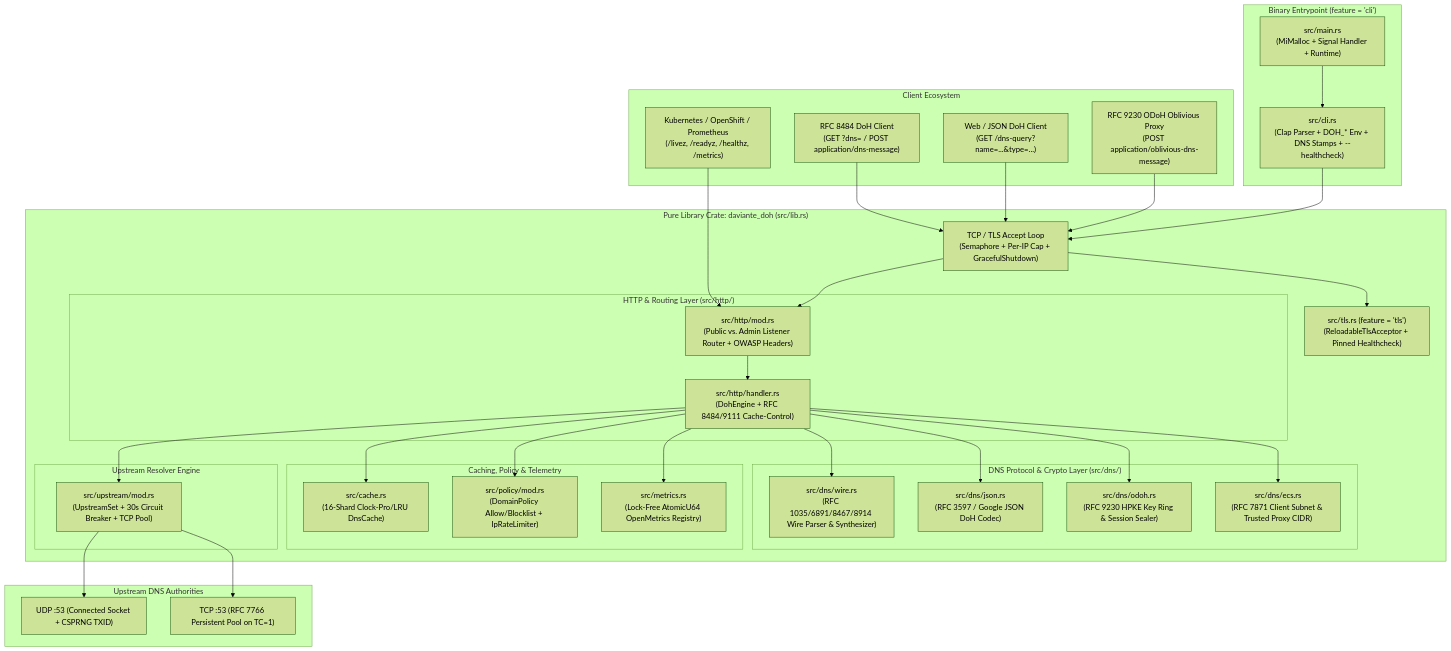
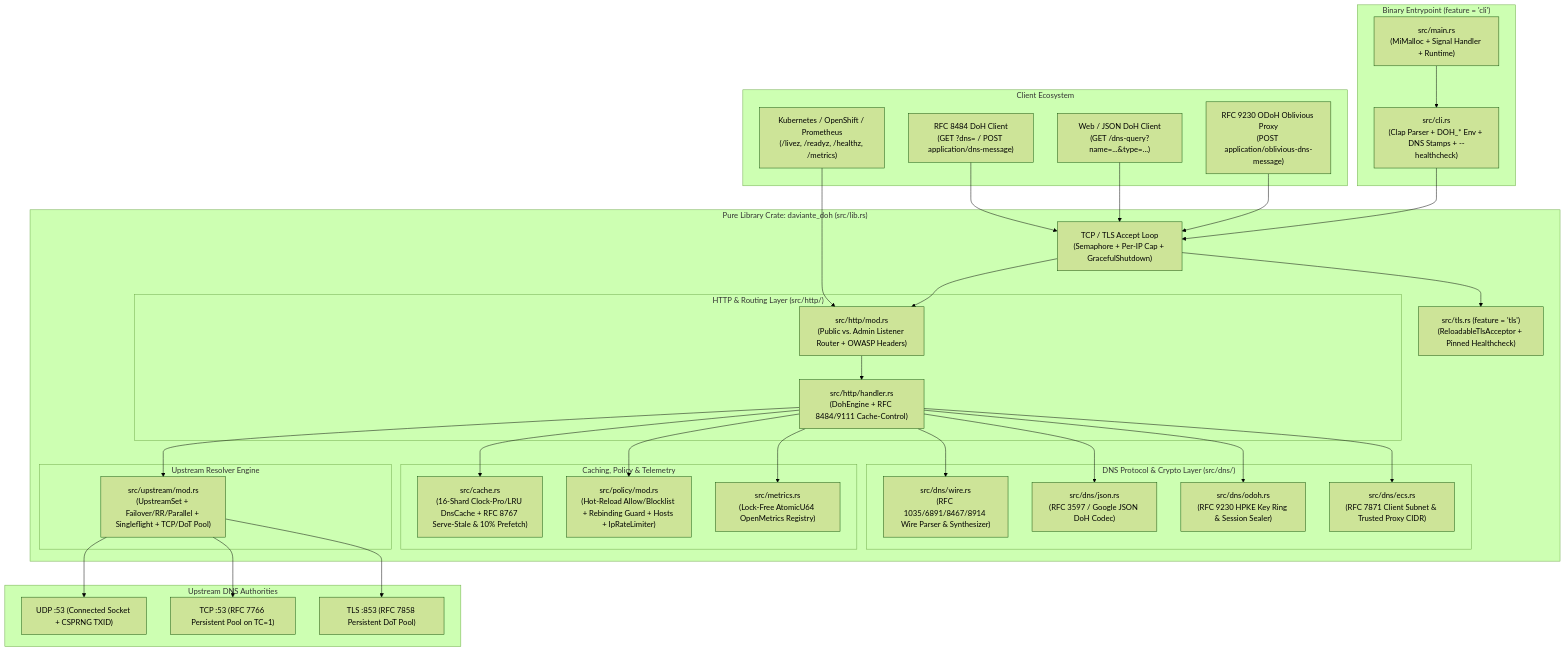
One commit to daviante-org/daviante-doh changed the first of 7 diagrams in docs/ARCHITECTURE.md. Above: the diagram before and after it, drawn with Mermaid (forest theme). The commit also changed other lines of this file and 31 other files, not shown here.

````diff
--- a/docs/ARCHITECTURE.md
+++ b/docs/ARCHITECTURE.md
@@ -44,69 +44,71 @@
 ```mermaid
 flowchart TB
     subgraph Clients["Client Ecosystem"]
         DoHClient["RFC 8484 DoH Client<br/>(GET ?dns= / POST application/dns-message)"]
         JsonClient["Web / JSON DoH Client<br/>(GET /dns-query?name=...&type=...)"]
         OdohRelay["RFC 9230 ODoH Oblivious Proxy<br/>(POST application/oblivious-dns-message)"]
         K8sProbe["Kubernetes / OpenShift / Prometheus<br/>(/livez, /readyz, /healthz, /metrics)"]
     end
 
     subgraph Binary["Binary Entrypoint (feature = 'cli')"]
         Main["src/main.rs<br/>(MiMalloc + Signal Handler + Runtime)"]
         Cli["src/cli.rs<br/>(Clap Parser + DOH_* Env + DNS Stamps + --healthcheck)"]
     end
 
     subgraph Lib["Pure Library Crate: daviante_doh (src/lib.rs)"]
         Server["TCP / TLS Accept Loop<br/>(Semaphore + Per-IP Cap + GracefulShutdown)"]
         Tls["src/tls.rs (feature = 'tls')<br/>(ReloadableTlsAcceptor + Pinned Healthcheck)"]
 
         subgraph HttpLayer["HTTP & Routing Layer (src/http/)"]
             Router["src/http/mod.rs<br/>(Public vs. Admin Listener Router + OWASP Headers)"]
             Handler["src/http/handler.rs<br/>(DohEngine + RFC 8484/9111 Cache-Control)"]
         end
 
         subgraph DnsLayer["DNS Protocol & Crypto Layer (src/dns/)"]
             Wire["src/dns/wire.rs<br/>(RFC 1035/6891/8467/8914 Wire Parser & Synthesizer)"]
             Json["src/dns/json.rs<br/>(RFC 3597 / Google JSON DoH Codec)"]
             Odoh["src/dns/odoh.rs<br/>(RFC 9230 HPKE Key Ring & Session Sealer)"]
             Ecs["src/dns/ecs.rs<br/>(RFC 7871 Client Subnet & Trusted Proxy CIDR)"]
         end
 
         subgraph EnterpriseLayer["Caching, Policy & Telemetry"]
-            Cache["src/cache.rs<br/>(16-Shard Clock-Pro/LRU DnsCache)"]
-            Policy["src/policy/mod.rs<br/>(DomainPolicy Allow/Blocklist + IpRateLimiter)"]
+            Cache["src/cache.rs<br/>(16-Shard Clock-Pro/LRU DnsCache + RFC 8767 Serve-Stale & 10% Prefetch)"]
+            Policy["src/policy/mod.rs<br/>(Hot-Reload Allow/Blocklist + Rebinding Guard + Hosts + IpRateLimiter)"]
             Metrics["src/metrics.rs<br/>(Lock-Free AtomicU64 OpenMetrics Registry)"]
         end
 
         subgraph UpstreamLayer["Upstream Resolver Engine"]
-            Upstream["src/upstream/mod.rs<br/>(UpstreamSet + 30s Circuit Breaker + TCP Pool)"]
+            Upstream["src/upstream/mod.rs<br/>(UpstreamSet + Failover/RR/Parallel + Singleflight + TCP/DoT Pool)"]
         end
     end
 
     subgraph Upstreams["Upstream DNS Authorities"]
         UDP["UDP :53 (Connected Socket + CSPRNG TXID)"]
         TCP["TCP :53 (RFC 7766 Persistent Pool on TC=1)"]
+        DoT["TLS :853 (RFC 7858 Persistent DoT Pool)"]
     end
 
     DoHClient --> Server
     JsonClient --> Server
     OdohRelay --> Server
     K8sProbe --> Router
 
     Main --> Cli
     Cli --> Server
     Server --> Tls
     Server --> Router
     Router --> Handler
 
     Handler --> Wire
     Handler --> Json
     Handler --> Odoh
     Handler --> Ecs
     Handler --> Cache
     Handler --> Policy
     Handler --> Metrics
     Handler --> Upstream
 
     Upstream --> UDP
     Upstream --> TCP
+    Upstream --> DoT
 ```
````
